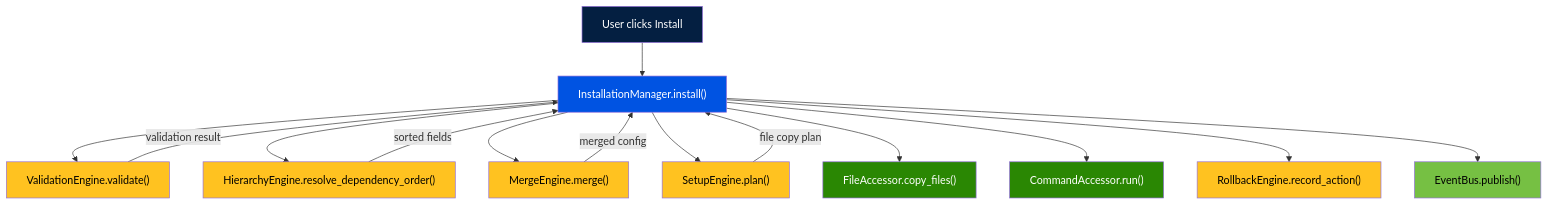
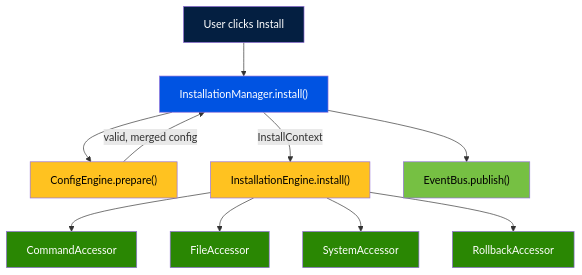
Before and after one commit to andersonwilliam85/prism: the second of 2 diagrams in docs/reference/architecture.md, drawn with Mermaid. The commit also changed other lines of this file and 62 other files, not shown here.

````diff
--- a/docs/reference/architecture.md
+++ b/docs/reference/architecture.md
@@ -163,28 +155,22 @@
 ```mermaid
 flowchart TB
     USER["User clicks Install"] --> IM["InstallationManager.install()"]
-    IM --> VE["ValidationEngine.validate()"]
-    IM --> HE["HierarchyEngine.resolve_dependency_order()"]
-    IM --> ME["MergeEngine.merge()"]
-    IM --> SE["SetupEngine.plan()"]
-    IM --> FA["FileAccessor.copy_files()"]
-    IM --> CA["CommandAccessor.run()"]
-    IM --> RE["RollbackEngine.record_action()"]
+    IM --> CE["ConfigEngine.prepare()"]
+    CE -->|"valid, merged config"| IM
+    IM -->|"InstallContext"| IE["InstallationEngine.install()"]
+    IE --> CA["CommandAccessor"]
+    IE --> FA["FileAccessor"]
+    IE --> SA["SystemAccessor"]
+    IE --> RBA["RollbackAccessor"]
     IM --> EB["EventBus.publish()"]
-
-    VE -->|validation result| IM
-    HE -->|sorted fields| IM
-    ME -->|merged config| IM
-    SE -->|file copy plan| IM
 
     style USER fill:#041f41,color:#fff
     style IM fill:#0053e2,color:#fff
-    style VE fill:#ffc220,color:#000
-    style HE fill:#ffc220,color:#000
-    style ME fill:#ffc220,color:#000
-    style SE fill:#ffc220,color:#000
+    style CE fill:#ffc220,color:#000
+    style IE fill:#ffc220,color:#000
     style FA fill:#2a8703,color:#fff
     style CA fill:#2a8703,color:#fff
-    style RE fill:#ffc220,color:#000
+    style SA fill:#2a8703,color:#fff
+    style RBA fill:#2a8703,color:#fff
     style EB fill:#76c043,color:#000
 ```
````
